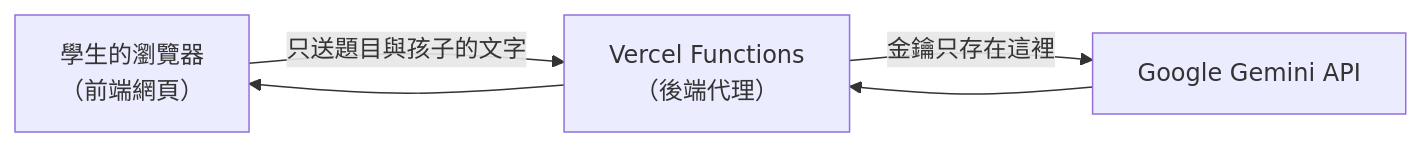
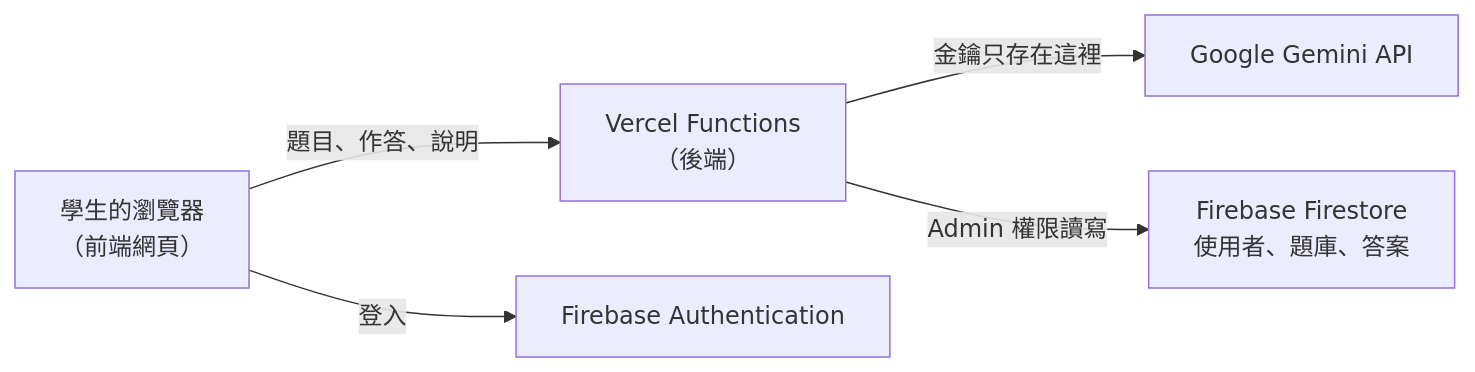
One commit to star1123-cheng/team-work changed the second of 2 diagrams in README.md. Above: the diagram before and after it, drawn with Mermaid. The commit also changed other lines of this file and 7 other files, not shown here.

````diff
--- a/README.md
+++ b/README.md
@@ -78,6 +142,7 @@
 ```mermaid
 flowchart LR
-    U["學生的瀏覽器<br/>（前端網頁）"] -->|只送題目與孩子的文字| F["Vercel Functions<br/>（後端代理）"]
+    U["學生的瀏覽器<br/>（前端網頁）"] -->|題目、作答、說明| F["Vercel Functions<br/>（後端）"]
     F -->|金鑰只存在這裡| G["Google Gemini API"]
-    G --> F --> U
+    F -->|Admin 權限讀寫| DB["Firebase Firestore<br/>使用者、題庫、答案"]
+    U -->|登入| AUTH["Firebase Authentication"]
 ```
````
